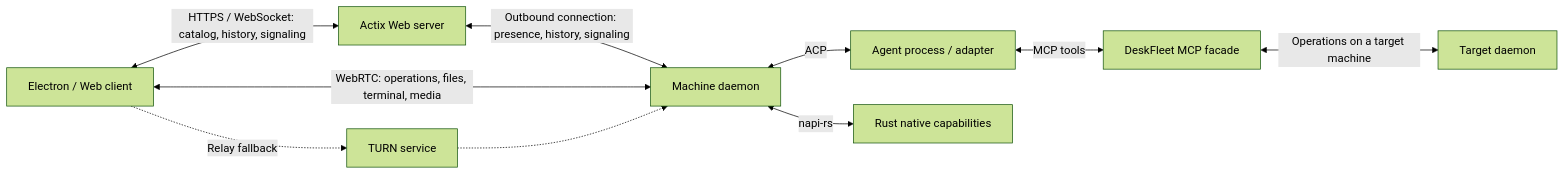
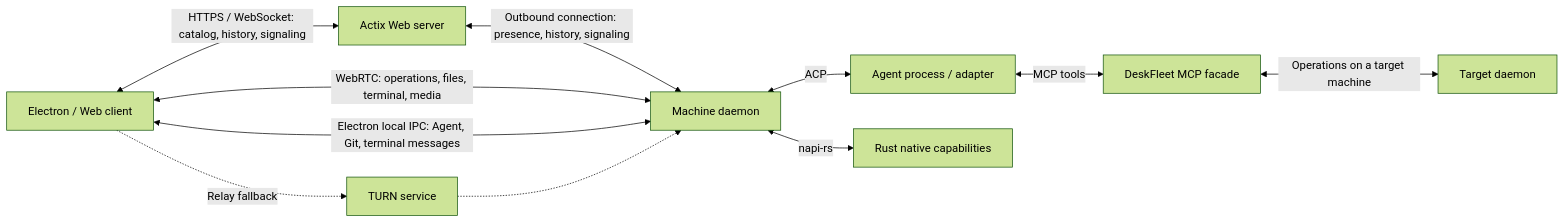
The diagram in agents/docs/architecture.md (LemonNekoGH/deskfleet), drawn with Mermaid (forest theme) before and after one commit. The commit also changed other lines of this file and 60 other files, not shown here.

````diff
--- a/agents/docs/architecture.md
+++ b/agents/docs/architecture.md
@@ -23,12 +25,13 @@
 ```mermaid
 flowchart LR
     Client["Electron / Web client"] <-->|"HTTPS / WebSocket: catalog, history, signaling"| Server["Actix Web server"]
     Server <-->|"Outbound connection: presence, history, signaling"| Daemon["Machine daemon"]
     Client <-->|"WebRTC: operations, files, terminal, media"| Daemon
+    Client <-->|"Electron local IPC: Agent, Git, terminal messages"| Daemon
     Daemon <-->|"ACP"| Agent["Agent process / adapter"]
     Agent <-->|"MCP tools"| MCP["DeskFleet MCP facade"]
     MCP <-->|"Operations on a target machine"| Target["Target daemon"]
     Daemon <-->|"napi-rs"| Native["Rust native capabilities"]
     Client -.->|"Relay fallback"| TURN["TURN service"]
     TURN -.-> Daemon
 ```
````
